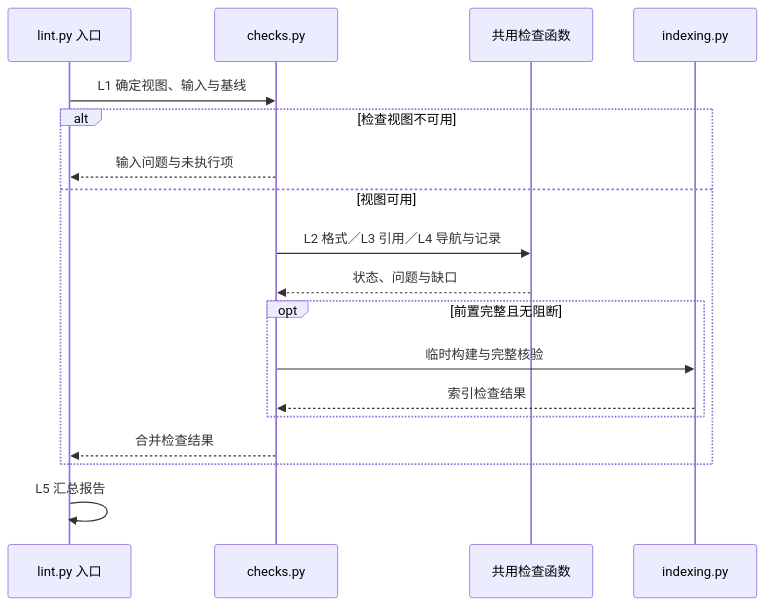
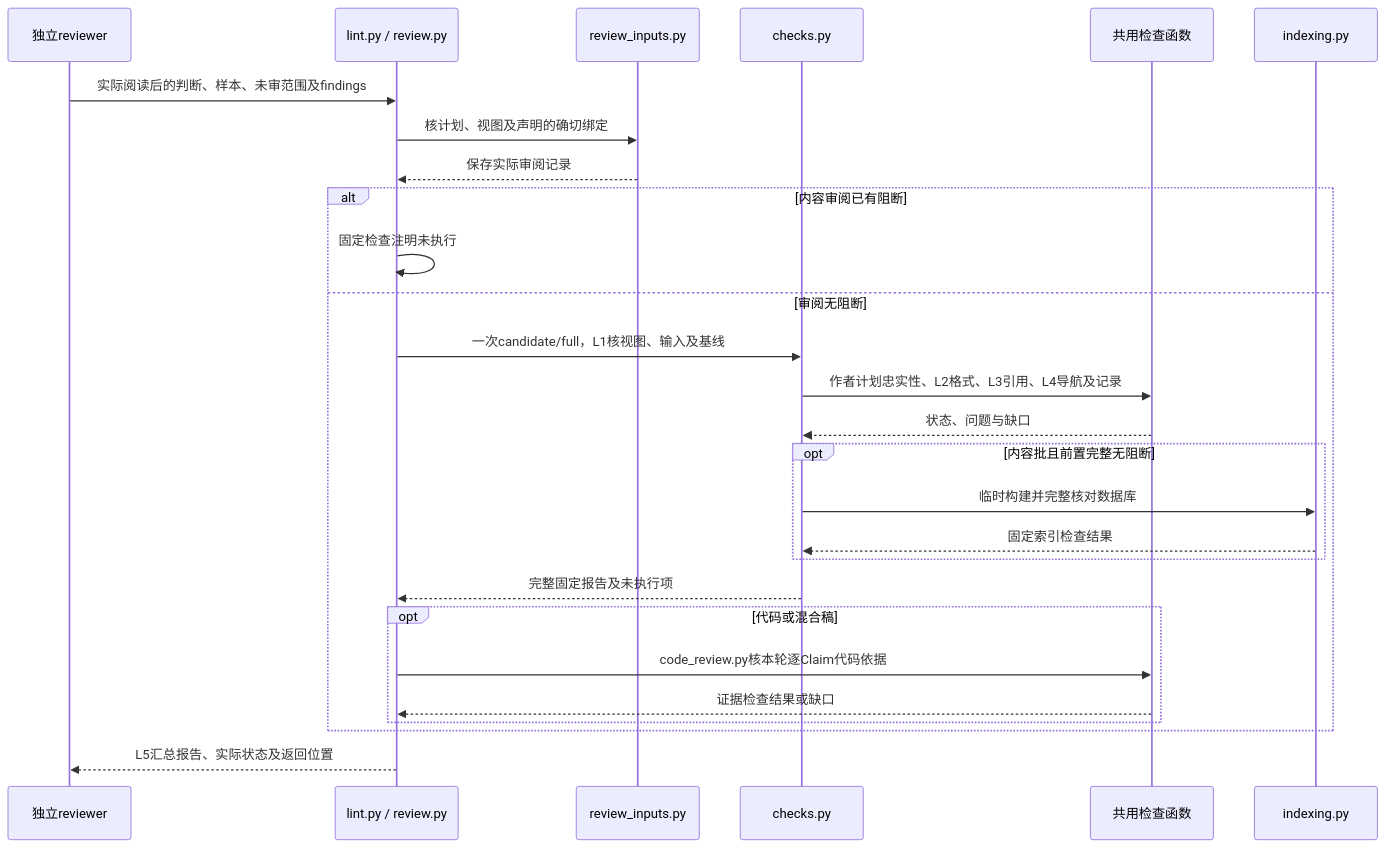
One commit to Robin-hhc/FactumCore changed diagram 16 of 27 in himate-knowledge-wifi-mp/docs-llm-wiki/知识库详细设计.md. Above: the diagram before and after it, drawn with Mermaid. The commit also changed other lines of this file and 5 other files, not shown here.

````diff
--- a/himate-knowledge-wifi-mp/docs-llm-wiki/知识库详细设计.md
+++ b/himate-knowledge-wifi-mp/docs-llm-wiki/知识库详细设计.md
@@ -579,20 +597,29 @@
 ```mermaid
 sequenceDiagram
-    participant L as lint.py 入口
+    participant A as 独立reviewer
+    participant L as lint.py / review.py
+    participant R as review_inputs.py
     participant C as checks.py
     participant F as 共用检查函数
     participant I as indexing.py
-    L->>C: L1 确定视图、输入与基线
-    alt 检查视图不可用
-        C-->>L: 输入问题与未执行项
-    else 视图可用
-        C->>F: L2 格式／L3 引用／L4 导航与记录
+    A->>L: 实际阅读后的判断、样本、未审范围及findings
+    L->>R: 核计划、视图及声明的确切绑定
+    R-->>L: 保存实际审阅记录
+    alt 内容审阅已有阻断
+        L->>L: 固定检查注明未执行
+    else 审阅无阻断
+        L->>C: 一次candidate/full，L1核视图、输入及基线
+        C->>F: 作者计划忠实性、L2格式、L3引用、L4导航及记录
         F-->>C: 状态、问题与缺口
-        opt 前置完整且无阻断
-            C->>I: 临时构建与完整核验
-            I-->>C: 索引检查结果
+        opt 内容批且前置完整无阻断
+            C->>I: 临时构建并完整核对数据库
+            I-->>C: 固定索引检查结果
         end
-        C-->>L: 合并检查结果
+        C-->>L: 完整固定报告及未执行项
+        opt 代码或混合稿
+            L->>F: code_review.py核本轮逐Claim代码依据
+            F-->>L: 证据检查结果或缺口
+        end
     end
-    L->>L: L5 汇总报告
+    L-->>A: L5汇总报告、实际状态及返回位置
 ```
````
